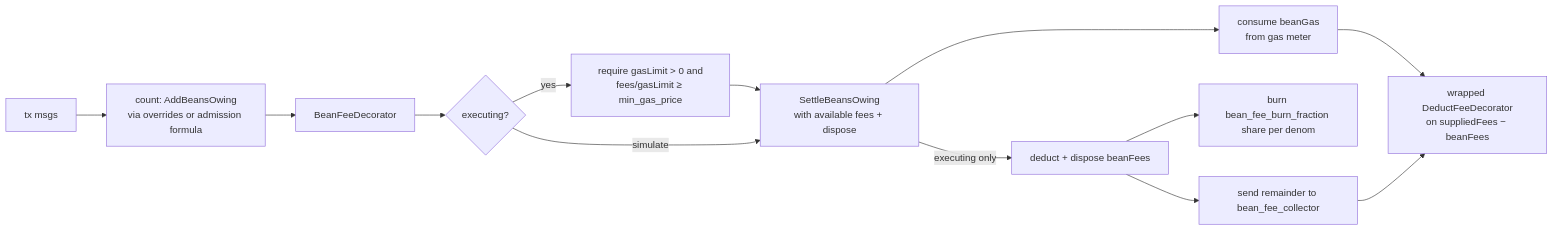
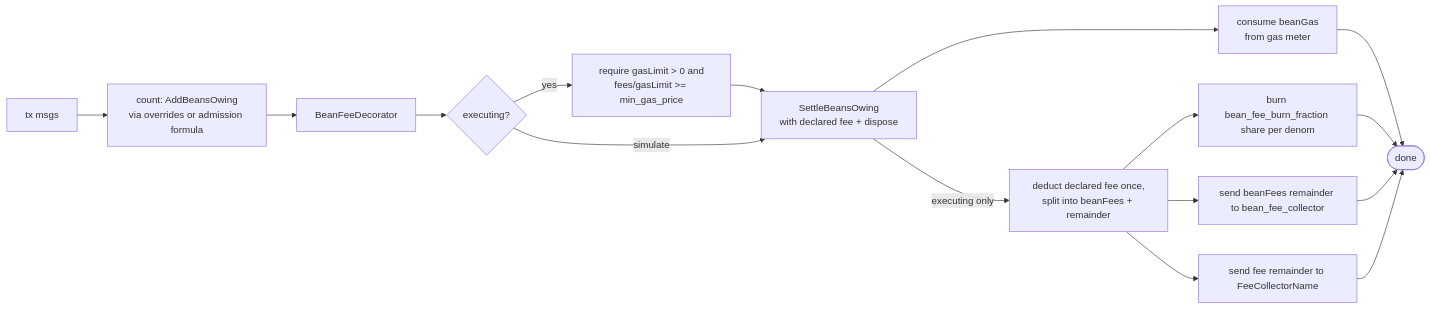
One commit to kriscendobot/agoric-sdk changed the diagram in designs/beans-v2-deflation.md. Above: the diagram before and after it, drawn with Mermaid. The commit also changed other lines of this file, not shown here.

First line of the commit message:
docs(beans-v2): resolve panel-1 must-fix findings

````diff
--- a/designs/beans-v2-deflation.md
+++ b/designs/beans-v2-deflation.md
@@ -284,14 +363,18 @@
 ```mermaid
 flowchart LR
-  A[tx msgs] --> B[count: AddBeansOwing\nvia overrides or admission formula]
+  A[tx msgs] --> B["count: AddBeansOwing<br/>via overrides or admission formula"]
   B --> C[BeanFeeDecorator]
   C --> D{executing?}
-  D -- yes --> E[require gasLimit > 0 and\nfees/gasLimit ≥ min_gas_price]
-  E --> F["SettleBeansOwing\nwith available fees + dispose"]
+  D -- yes --> E["require gasLimit > 0 and<br/>fees/gasLimit >= min_gas_price"]
+  E --> F["SettleBeansOwing<br/>with declared fee + dispose"]
   D -- simulate --> F
-  F --> G[consume beanGas\nfrom gas meter]
-  F -- executing only --> H[deduct + dispose beanFees]
-  H --> I[burn bean_fee_burn_fraction share per denom]
-  H --> J[send remainder to bean_fee_collector]
-  G & J --> K["wrapped DeductFeeDecorator\non suppliedFees − beanFees"]
+  F --> G["consume beanGas<br/>from gas meter"]
+  F -- executing only --> H["deduct declared fee once,<br/>split into beanFees + remainder"]
+  H --> I["burn bean_fee_burn_fraction share per denom"]
+  H --> J["send beanFees remainder to bean_fee_collector"]
+  H --> L["send fee remainder to FeeCollectorName"]
+  G --> K([done])
+  I --> K
+  J --> K
+  L --> K
 ```
````
